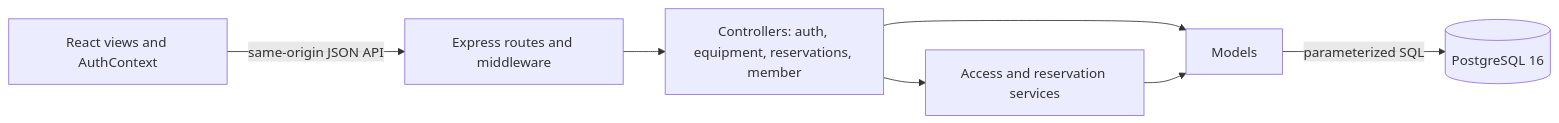
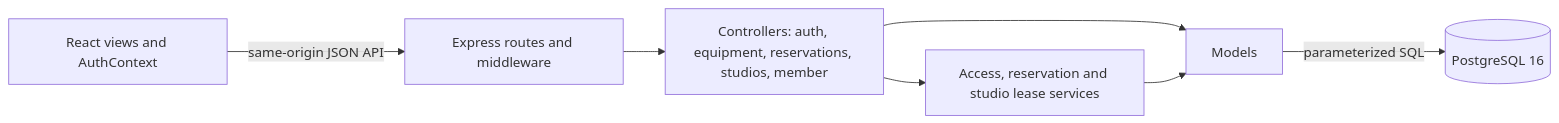
The diagram in docs/MVC.md (ISTE-500-Team-2/srdevproject), drawn with Mermaid before and after one commit. The commit also changed other lines of this file and 13 other files, not shown here.

Commit message:
studio reservation and functionality added

````diff
--- a/docs/MVC.md
+++ b/docs/MVC.md
@@ -9,9 +9,9 @@
 ```mermaid
 flowchart LR
   V[React views and AuthContext] -->|same-origin JSON API| R[Express routes and middleware]
-  R --> C[Controllers: auth, equipment, reservations, member]
-  C --> S[Access and reservation services]
+  R --> C[Controllers: auth, equipment, reservations, studios, member]
+  C --> S[Access, reservation and studio lease services]
   C --> M[Models]
   S --> M
   M -->|parameterized SQL| D[(PostgreSQL 16)]
 ```
````
